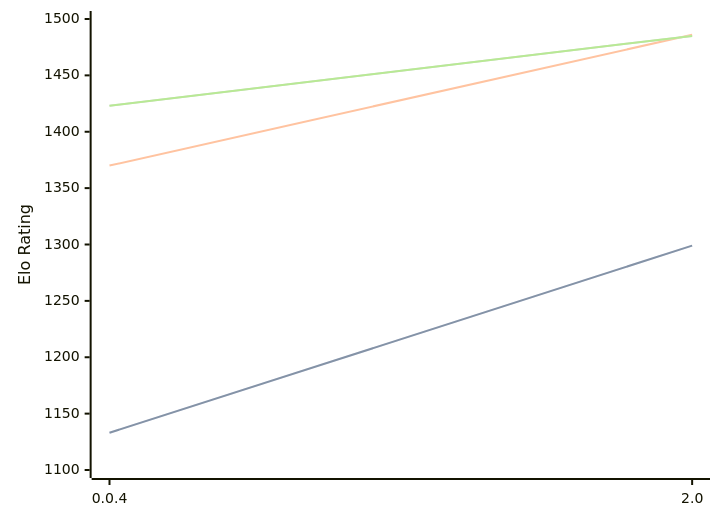
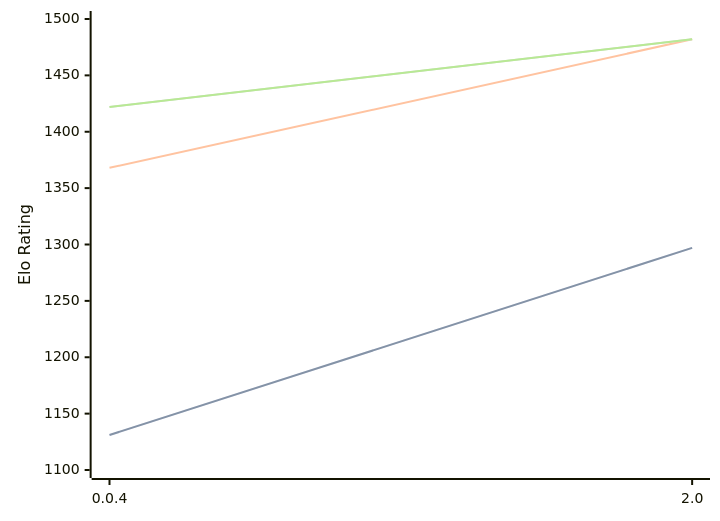
One commit to computer-chess-index/cci changed the diagram in engines/Oops!Mate.md. Above: the diagram before and after it, drawn with Mermaid. The commit also changed other lines of this file, not shown here.

Commit message:
Update CCI Ratings (ELO VLTC) - 2026-05-18

````diff
--- a/engines/Oops!Mate.md
+++ b/engines/Oops!Mate.md
@@ -52,11 +52,11 @@
 ```mermaid
 %%{init: {"theme":"base","themeVariables":{"seriesColors:['#a3a3a3','#222221','#faa371']}}}%%
 xychart-beta
   x-axis ["0.0.4", "2.0"]
   y-axis "Elo Rating" 1100 --> 1500
-  line "STC (8.0+0.08s)" [1133, 1299]
-  line "STC (8.0+0.08s)" [1133, 1299]
-  line "LTC (60.0+0.60s)" [1370, 1486]
-  line "VLTC (2m24s+1.12s)" [1423, 1485]
-  line "VLTC (2m24s+1.12s)" [1423, 1485]
+  line "STC (8.0+0.08s)" [1131, 1297]
+  line "STC (8.0+0.08s)" [1131, 1297]
+  line "LTC (60.0+0.60s)" [1368, 1482]
+  line "VLTC (2m24s+1.12s)" [1422, 1482]
+  line "VLTC (2m24s+1.12s)" [1422, 1482]
 ```
````
